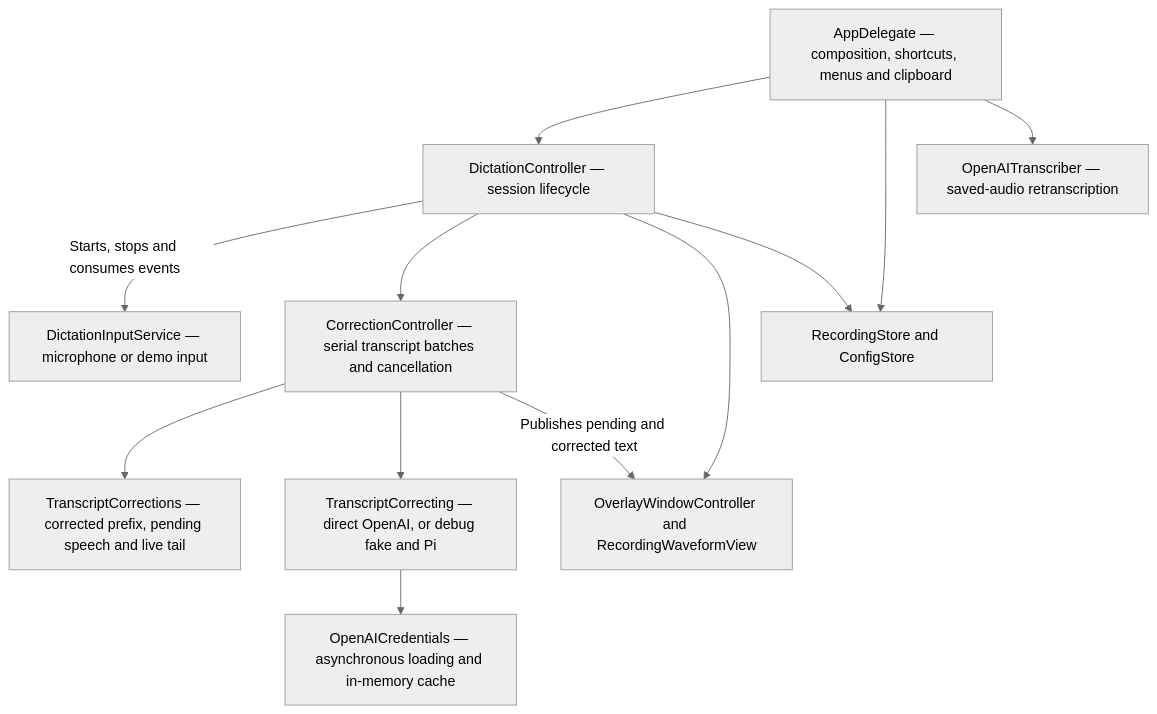
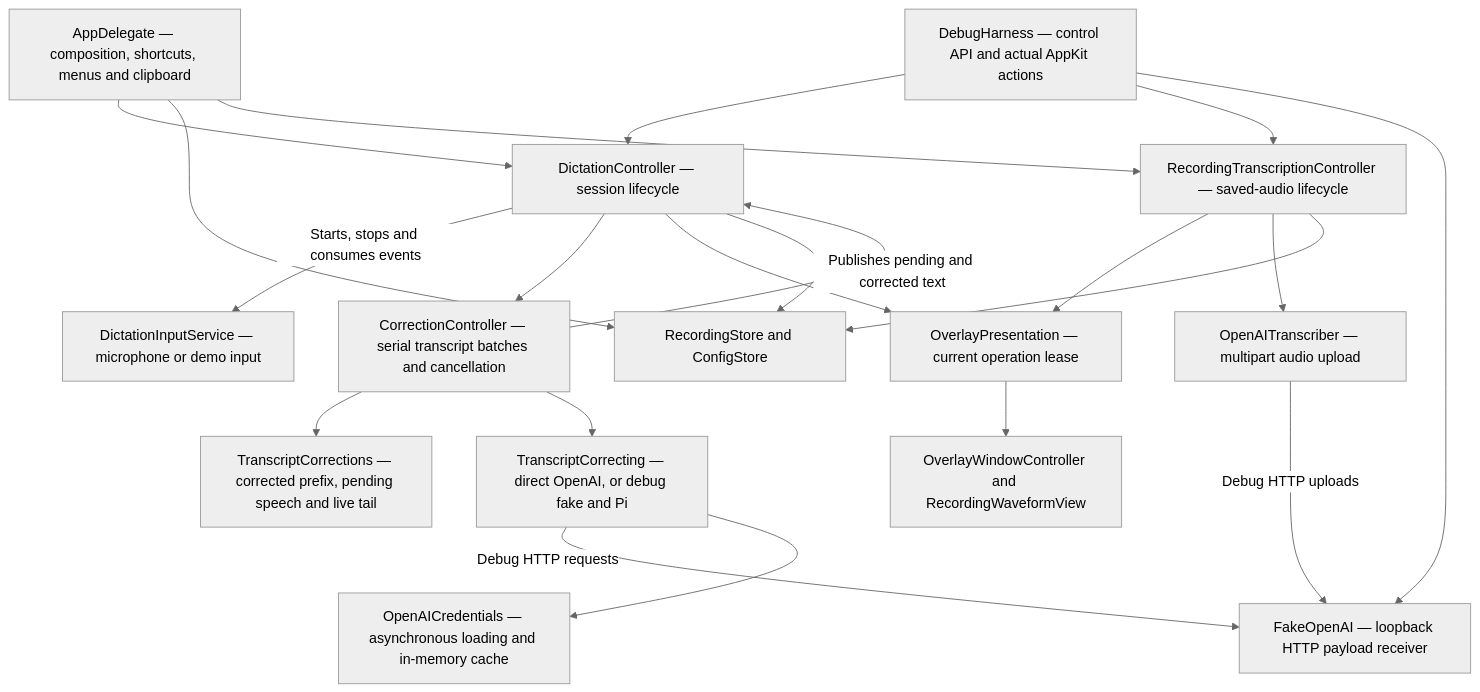
Before and after one commit to codethread/Chatty.app: the third of 3 diagrams in docs/architecture.md, drawn with Mermaid (neutral theme). The commit also changed other lines of this file and 47 other files, not shown here.

First line of the commit message:
feat: add isolated app verification harness

````diff
--- a/docs/architecture.md
+++ b/docs/architecture.md
@@ -58,24 +62,37 @@
 ```mermaid
 flowchart TD
   entry["AppDelegate — composition, shortcuts, menus and clipboard"]
   core["DictationController — session lifecycle"]
   input["DictationInputService — microphone or demo input"]
   cleanup["CorrectionController — serial transcript batches and cancellation"]
   document["TranscriptCorrections — corrected prefix, pending speech and live tail"]
   provider["TranscriptCorrecting — direct OpenAI, or debug fake and Pi"]
   credentials["OpenAICredentials — asynchronous loading and in-memory cache"]
   overlay["OverlayWindowController and RecordingWaveformView"]
   storage["RecordingStore and ConfigStore"]
-  history["OpenAITranscriber — saved-audio retranscription"]
+  history["RecordingTranscriptionController — saved-audio lifecycle"]
+  audioapi["OpenAITranscriber — multipart audio upload"]
+  presentation["OverlayPresentation — current operation lease"]
+  harness["DebugHarness — control API and actual AppKit actions"]
+  fake["FakeOpenAI — loopback HTTP payload receiver"]
   entry --> core
   entry --> storage
   entry --> history
   core -- "Starts, stops and consumes events" --> input
   core --> cleanup
-  core --> overlay
+  core --> presentation
+  history --> presentation
+  presentation --> overlay
+  history --> audioapi
+  history --> storage
+  harness --> core
+  harness --> history
+  harness --> fake
+  provider -- "Debug HTTP requests" --> fake
+  audioapi -- "Debug HTTP uploads" --> fake
   core --> storage
   cleanup --> document
   cleanup --> provider
   provider --> credentials
-  cleanup -- "Publishes pending and corrected text" --> overlay
+  cleanup -- "Publishes pending and corrected text" --> core
 ```
````
